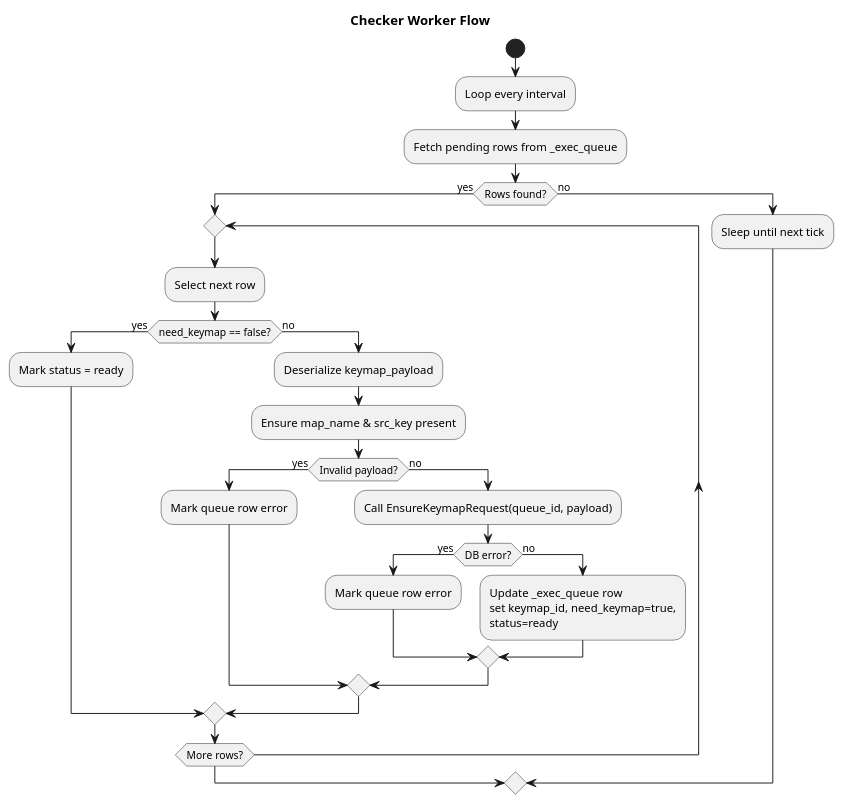
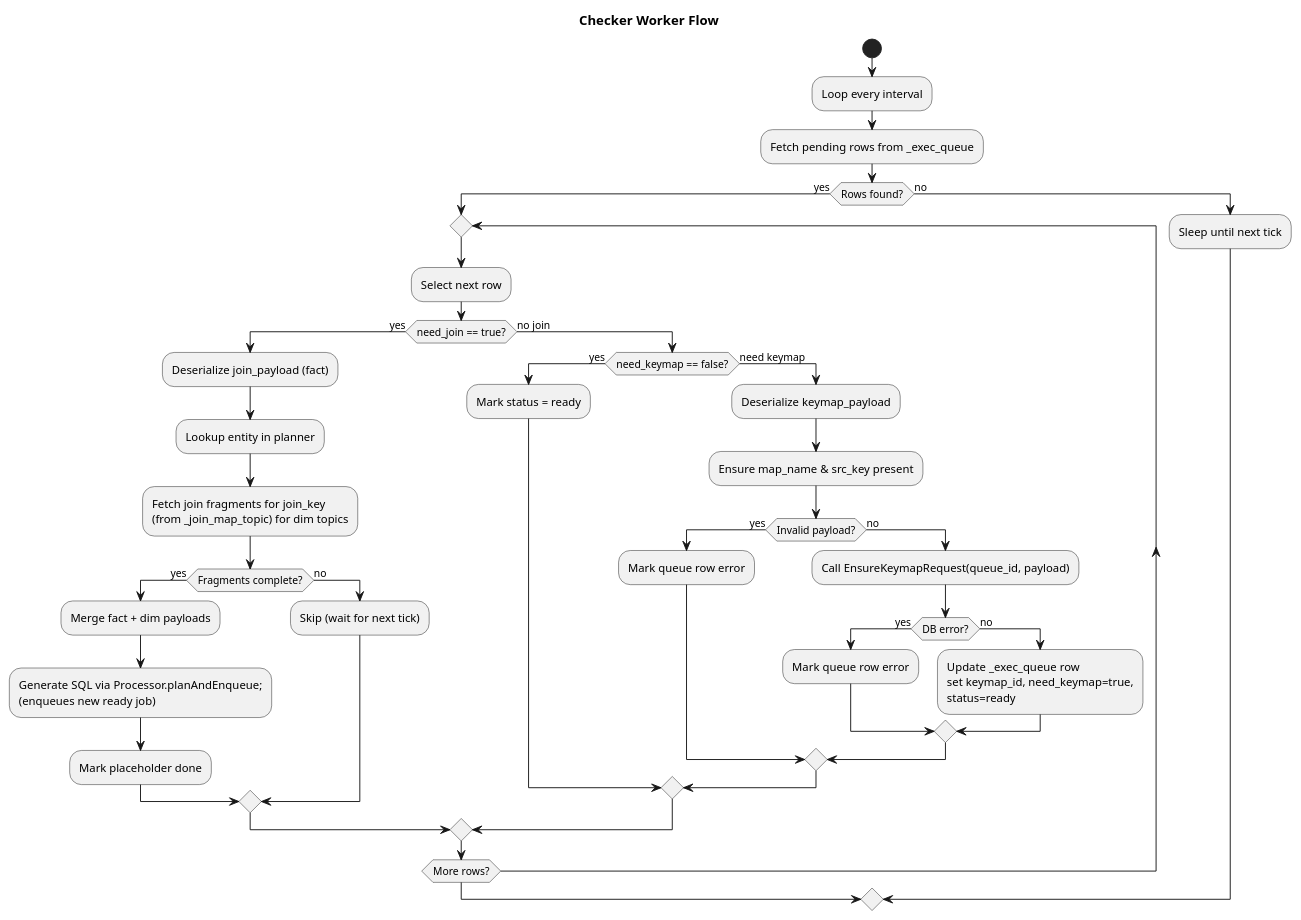
Before and after one commit to mirza27/postgres_federation_tools: the diagram in docs/checker_flow.puml, drawn with PlantUML. The commit also changed 1 other file, not shown here.

Commit message:
docs(UML): fix uml by apply new join mechanism

```diff
--- a/docs/checker_flow.puml
+++ b/docs/checker_flow.puml
@@ -1,31 +1,44 @@
 @startuml CheckerFlow
 title Checker Worker Flow
 
 start
 :Loop every interval;
 :Fetch pending rows from _exec_queue;
 if (Rows found?) then (yes)
   repeat
     :Select next row;
-    if (need_keymap == false?) then (yes)
-      :Mark status = ready;
-    else (no)
-      :Deserialize keymap_payload;
-      :Ensure map_name & src_key present;
-      if (Invalid payload?) then (yes)
-        :Mark queue row error;
+    if (need_join == true?) then (yes)
+      :Deserialize join_payload (fact);
+      :Lookup entity in planner;
+      :Fetch join fragments for join_key\n(from _join_map_topic) for dim topics;
+      if (Fragments complete?) then (yes)
+        :Merge fact + dim payloads;
+        :Generate SQL via Processor.planAndEnqueue;\n(enqueues new ready job);
+        :Mark placeholder done;
       else (no)
-        :Call EnsureKeymapRequest(queue_id, payload);
-        if (DB error?) then (yes)
+        :Skip (wait for next tick);
+      endif
+    else (no join)
+      if (need_keymap == false?) then (yes)
+        :Mark status = ready;
+      else (need keymap)
+        :Deserialize keymap_payload;
+        :Ensure map_name & src_key present;
+        if (Invalid payload?) then (yes)
           :Mark queue row error;
         else (no)
-          :Update _exec_queue row\nset keymap_id, need_keymap=true,\nstatus=ready;
+          :Call EnsureKeymapRequest(queue_id, payload);
+          if (DB error?) then (yes)
+            :Mark queue row error;
+          else (no)
+            :Update _exec_queue row\nset keymap_id, need_keymap=true,\nstatus=ready;
+          endif
         endif
       endif
     endif
   repeat while (More rows?)
 else (no)
   :Sleep until next tick;
 endif
 
 @enduml
```
